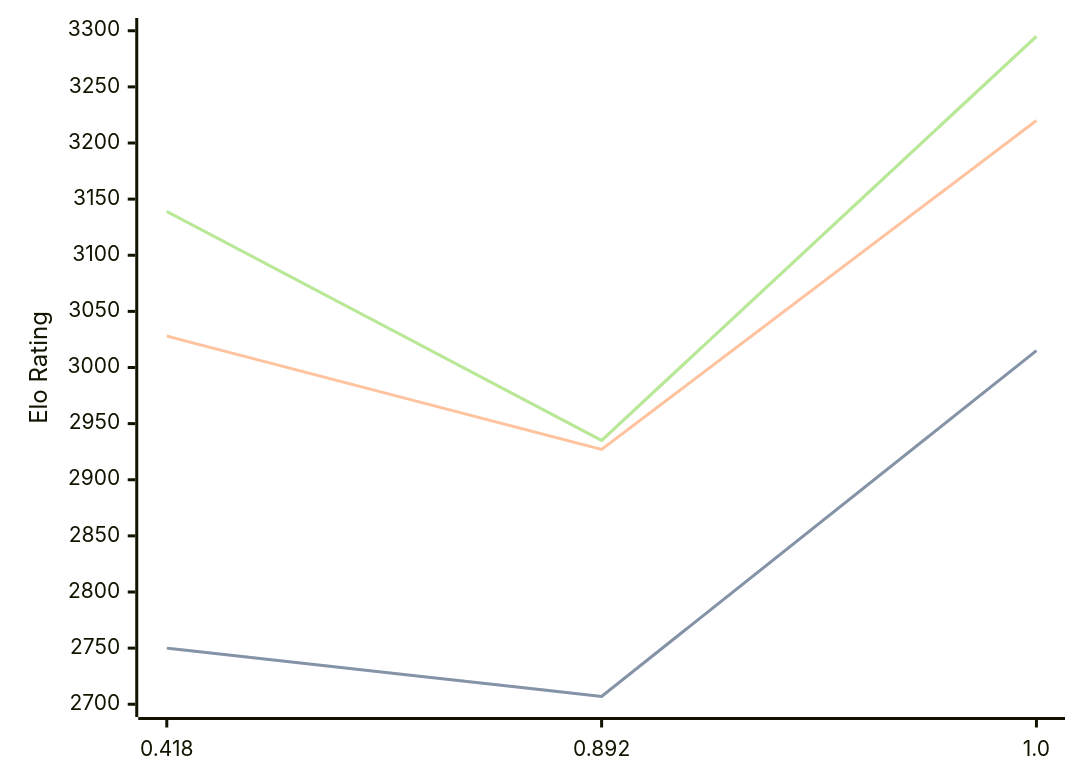
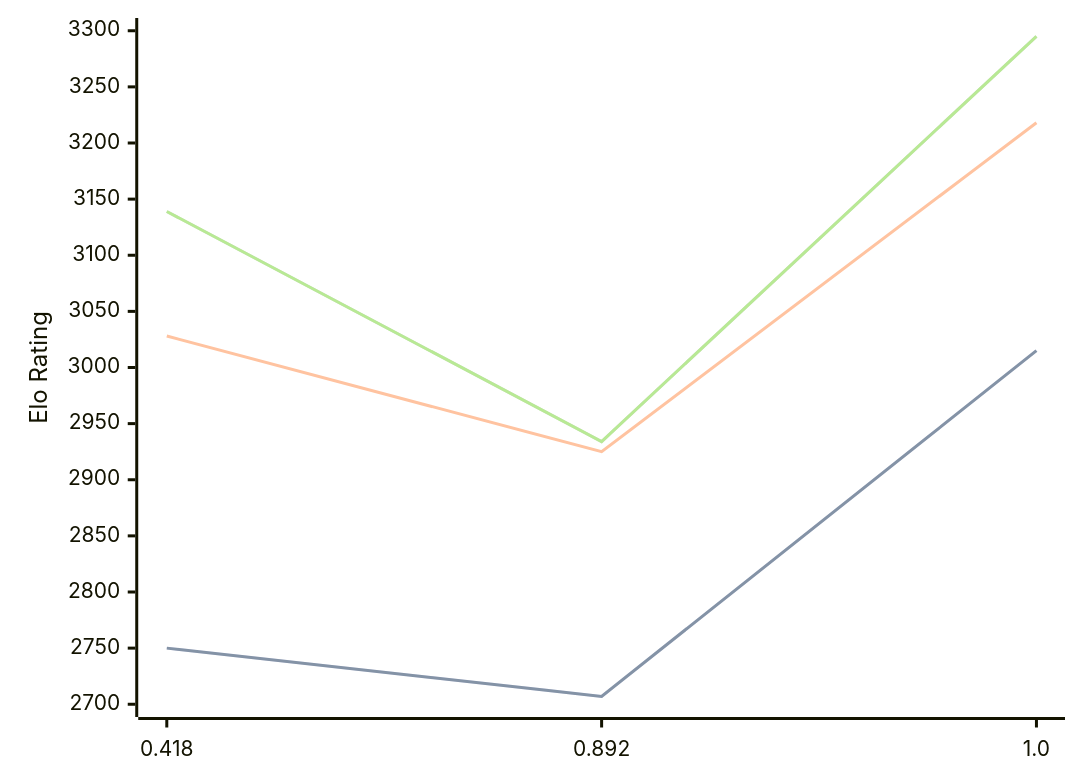
The diagram in engines/Malika.md (computer-chess-index/cci), drawn with Mermaid before and after one commit. The commit also changed other lines of this file, not shown here.

Commit message:
Update CCI Ratings (ELO VLTC) - 2026-04-28

````diff
--- a/engines/Malika.md
+++ b/engines/Malika.md
@@ -33,11 +33,11 @@
 ```mermaid
 %%{init: {"theme":"base","themeVariables":{"seriesColors:['#a3a3a3','#222221','#faa371']}}}%%
 xychart-beta
   x-axis ["0.418", "0.892", "1.0"]
   y-axis "Elo Rating" 2700 --> 3300
   line "STC (8.0+0.08s)" [2750, 2707, 3015]
   line "STC (8.0+0.08s)" [2750, 2707, 3015]
-  line "LTC (60.0+0.60s)" [3028, 2927, 3220]
-  line "VLTC (2m24s+1.12s)" [3139, 2935, 3295]
-  line "VLTC (2m24s+1.12s)" [3139, 2935, 3295]
+  line "LTC (60.0+0.60s)" [3028, 2925, 3218]
+  line "VLTC (2m24s+1.12s)" [3139, 2934, 3295]
+  line "VLTC (2m24s+1.12s)" [3139, 2934, 3295]
 ```
````
